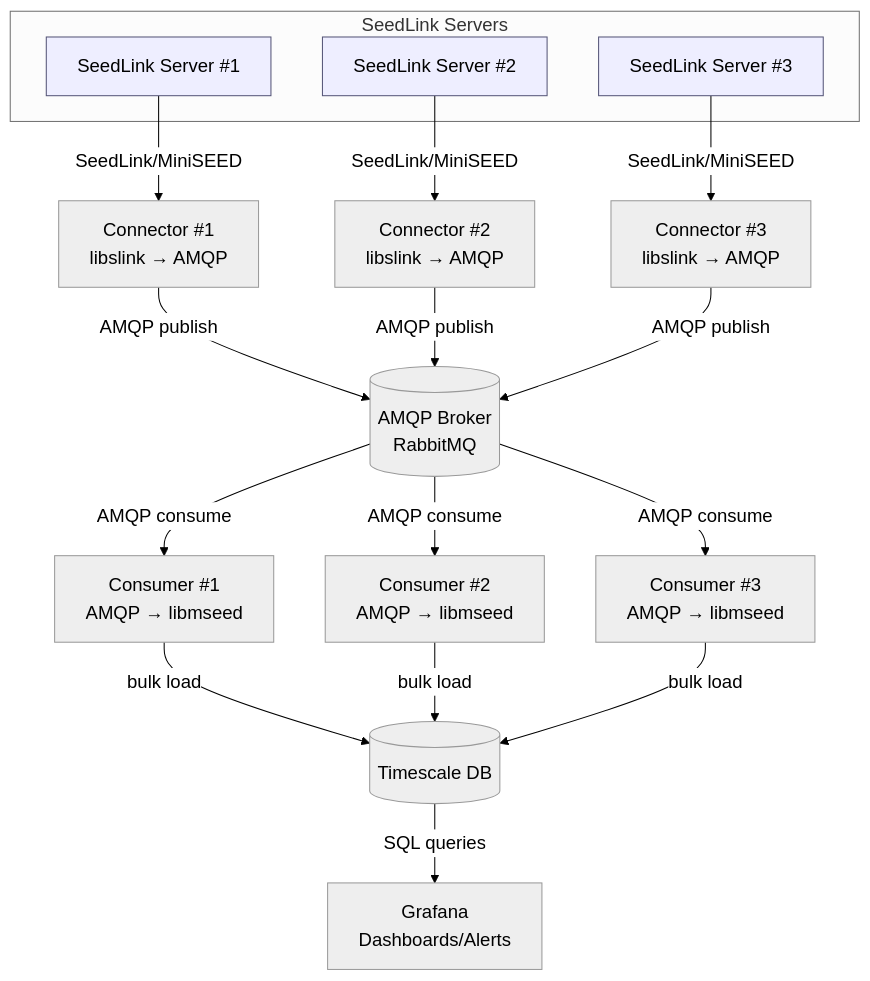
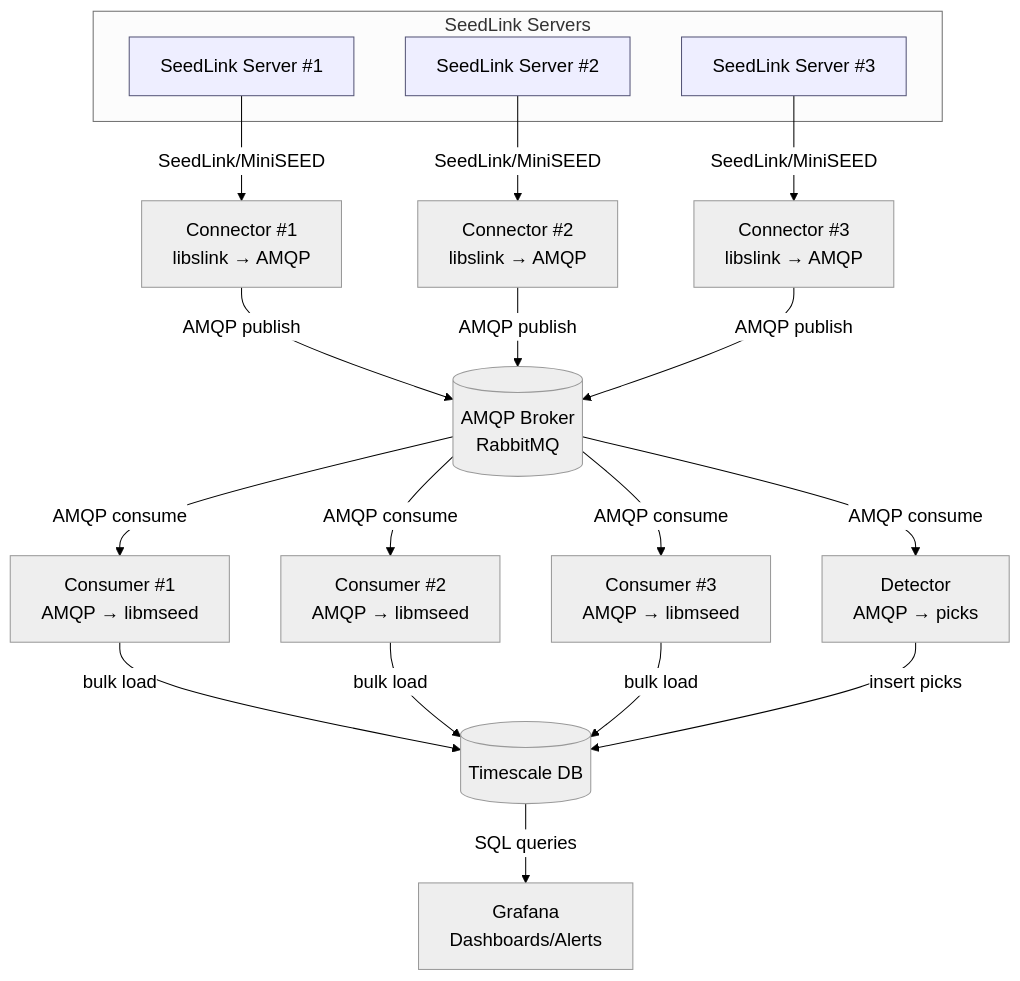
One commit to timkomate/seisstream changed the diagram in README.md. Above: the diagram before and after it, drawn with Mermaid. The commit also changed other lines of this file, not shown here.

````diff
--- a/README.md
+++ b/README.md
@@ -6,30 +6,32 @@
 ```mermaid
 %%{init: {"theme":"neutral","themeVariables":{"fontSize":"18px","primaryTextColor":"#000","lineColor":"#000"}}}%%
 flowchart TB
   subgraph SeedLink Servers
     SL1[SeedLink Server #1]:::src
     SL2[SeedLink Server #2]:::src
     SL3[SeedLink Server #3]:::src
   end
 
   SL1 -->|SeedLink/MiniSEED| CON1[Connector #1<br/>libslink → AMQP]
   SL2 -->|SeedLink/MiniSEED| CON2[Connector #2<br/>libslink → AMQP]
   SL3 -->|SeedLink/MiniSEED| CON3[Connector #3<br/>libslink → AMQP]
 
   CON1 -->|AMQP publish| MQ[(AMQP Broker<br/>RabbitMQ)]
   CON2 -->|AMQP publish| MQ
   CON3 -->|AMQP publish| MQ
 
   MQ -->|AMQP consume| CNS1[Consumer #1<br/>AMQP → libmseed]
   MQ -->|AMQP consume| CNS2[Consumer #2<br/>AMQP → libmseed]
   MQ -->|AMQP consume| CNS3[Consumer #3<br/>AMQP → libmseed]
+  MQ -->|AMQP consume| DET[Detector<br/>AMQP → picks]
 
   CNS1 -->|bulk load| PG[(Timescale DB)]
   CNS2 -->|bulk load| PG
   CNS3 -->|bulk load| PG
+  DET -->|insert picks| PG
 
   PG -->|SQL queries| GRAF[Grafana<br/>Dashboards/Alerts]
 
   classDef src fill:#eef,stroke:#557;
 
 ```
````
